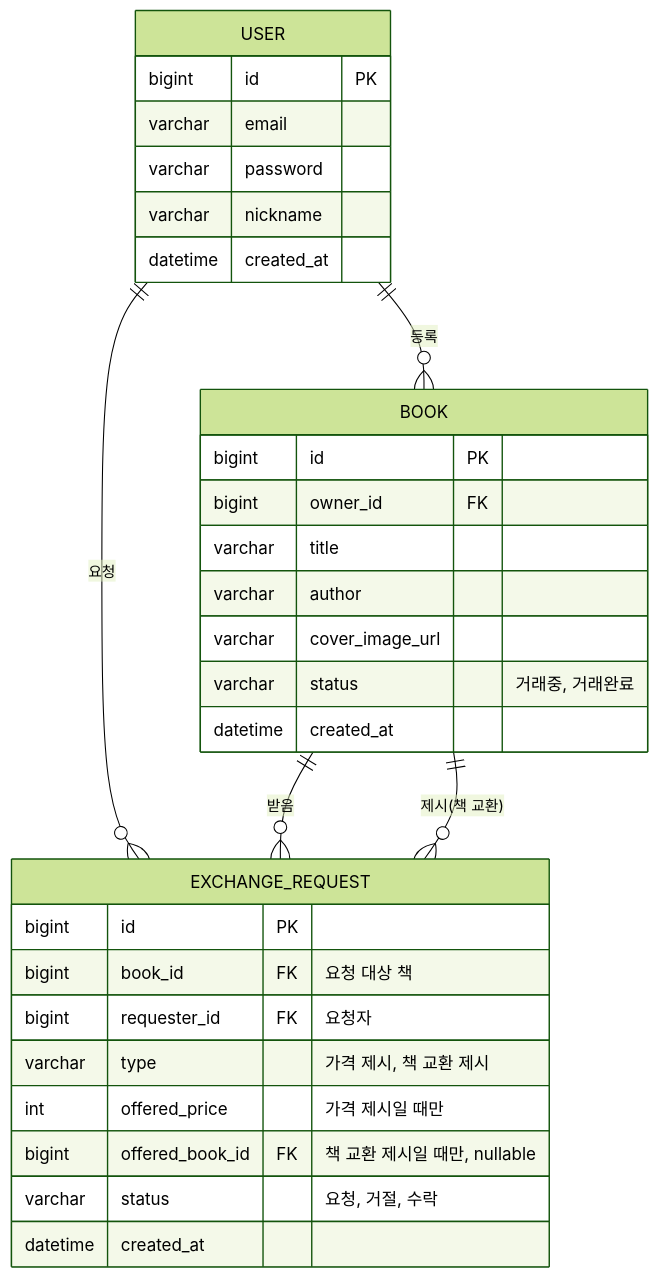
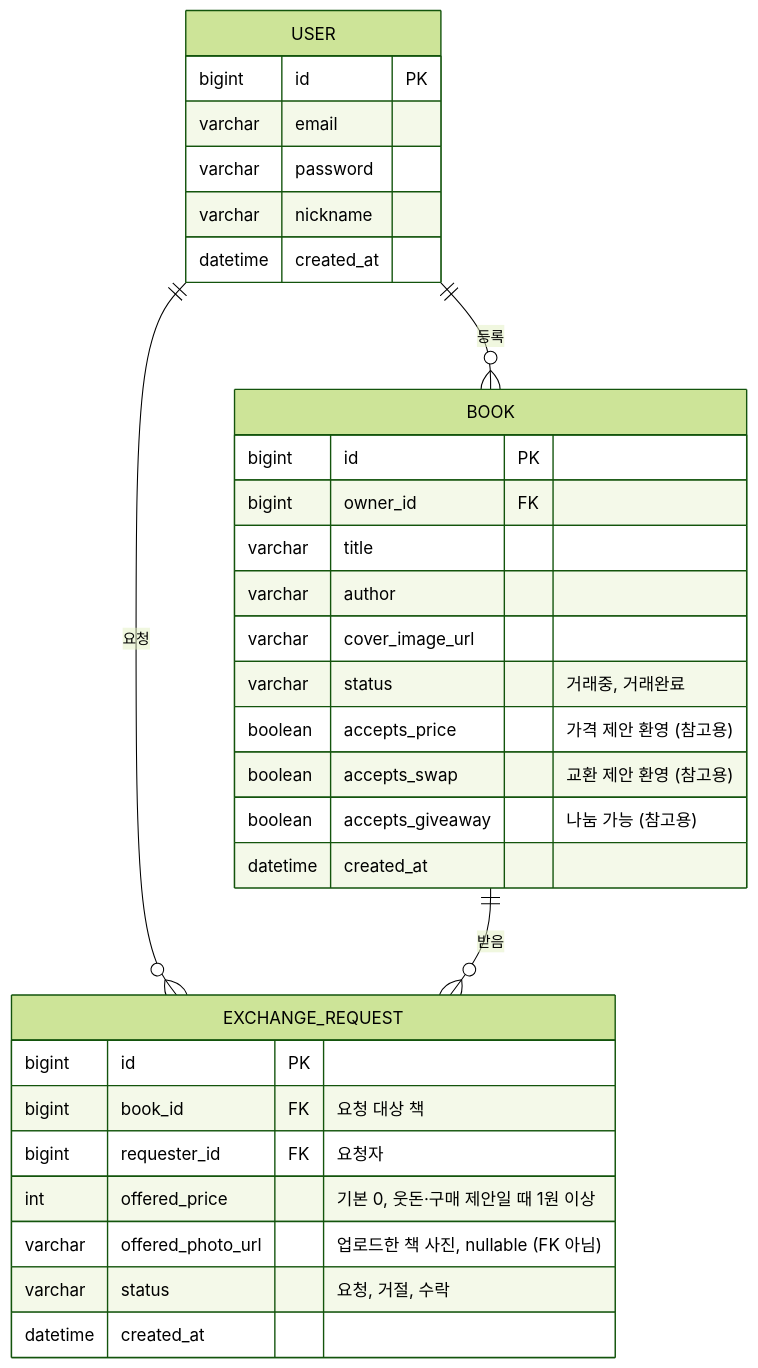
Before and after one commit to CLD-8th/project1-team01: the diagram in docs/02_ERD.md, drawn with Mermaid (forest theme). The commit also changed other lines of this file, not shown here.

Commit message:
docs: add book preference fields to erd

````diff
--- a/docs/02_ERD.md
+++ b/docs/02_ERD.md
@@ -5,36 +20,37 @@
 ```mermaid
 erDiagram
     USER ||--o{ BOOK : "등록"
     USER ||--o{ EXCHANGE_REQUEST : "요청"
     BOOK ||--o{ EXCHANGE_REQUEST : "받음"
-    BOOK ||--o{ EXCHANGE_REQUEST : "제시(책 교환)"
 
     USER {
         bigint id PK
         varchar email
         varchar password
         varchar nickname
         datetime created_at
     }
 
     BOOK {
         bigint id PK
         bigint owner_id FK
         varchar title
         varchar author
         varchar cover_image_url
         varchar status "거래중, 거래완료"
+        boolean accepts_price "가격 제안 환영 (참고용)"
+        boolean accepts_swap "교환 제안 환영 (참고용)"
+        boolean accepts_giveaway "나눔 가능 (참고용)"
         datetime created_at
     }
 
     EXCHANGE_REQUEST {
         bigint id PK
         bigint book_id FK "요청 대상 책"
         bigint requester_id FK "요청자"
-        varchar type "가격 제시, 책 교환 제시"
-        int offered_price "가격 제시일 때만"
-        bigint offered_book_id FK "책 교환 제시일 때만, nullable"
+        int offered_price "기본 0, 웃돈·구매 제안일 때 1원 이상"
+        varchar offered_photo_url "업로드한 책 사진, nullable (FK 아님)"
         varchar status "요청, 거절, 수락"
         datetime created_at
     }
 ```
````
